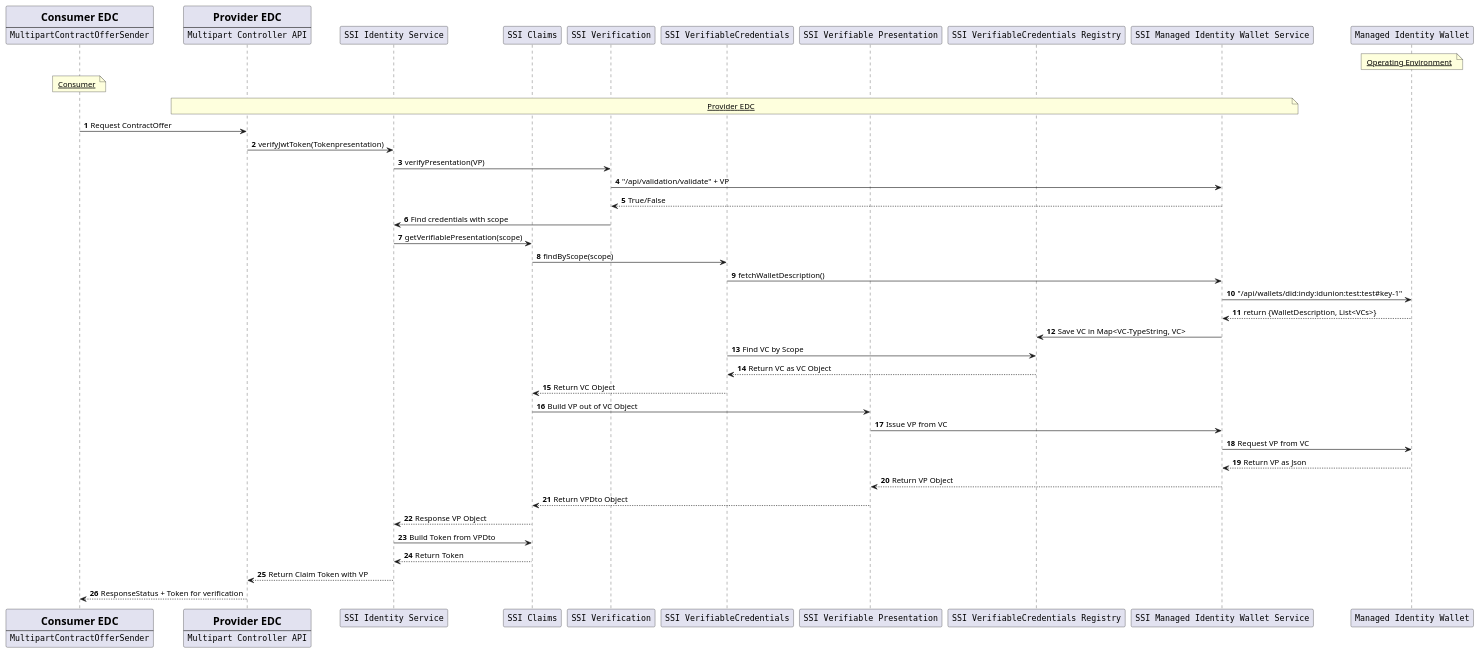
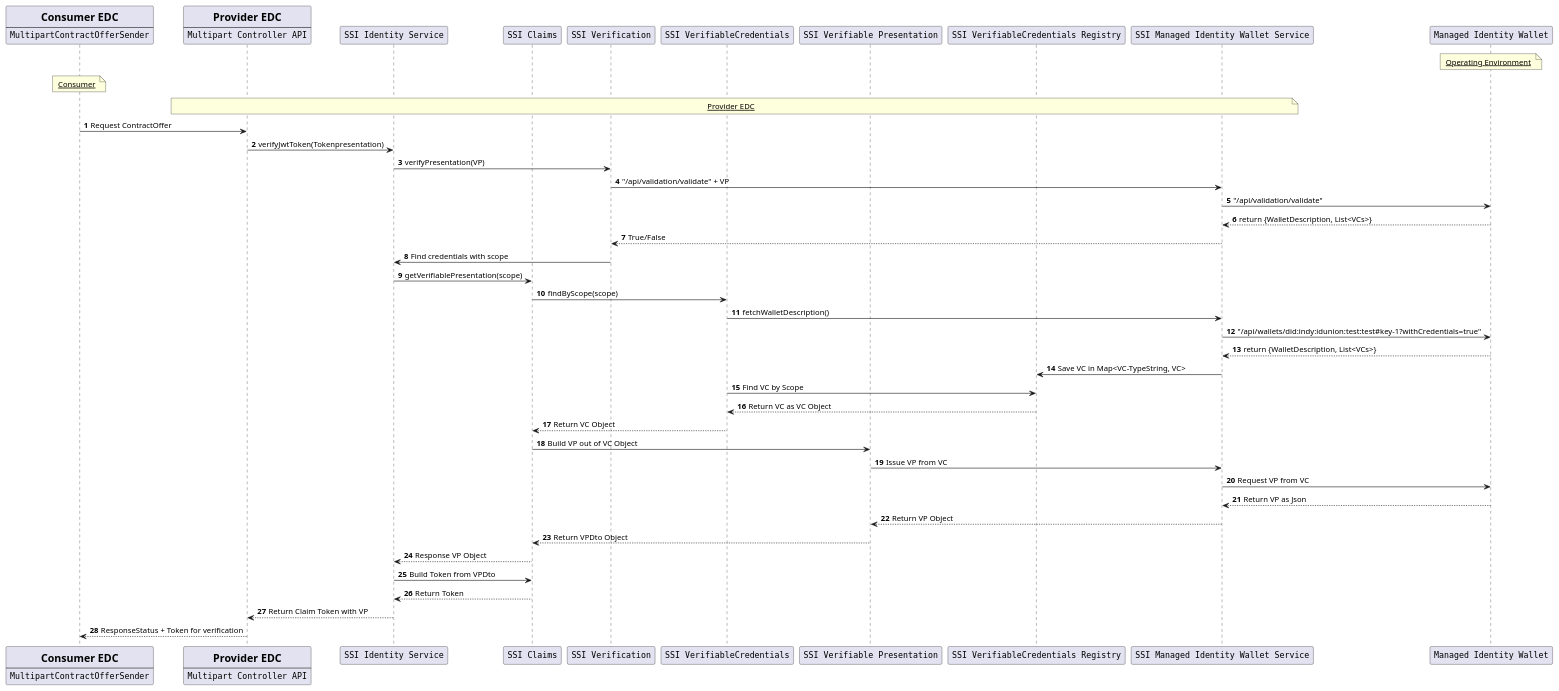
The diagram in extensions/iam/ssi/ssi-doc/uml/data-transfer-ssi-provider.puml (maximilianschmidt-zf/DataSpaceConnector), drawn with PlantUML before and after one commit. The commit also changed 5 other files, not shown here.

```diff
--- a/extensions/iam/ssi/ssi-doc/uml/data-transfer-ssi-provider.puml
+++ b/extensions/iam/ssi/ssi-doc/uml/data-transfer-ssi-provider.puml
@@ -14,89 +14,91 @@
 @startuml component
 ''Provider Data Transfer puml''
 ''Shows the overview of how SSI-Extension is verifying a token and obtaining a verifiable credential by scope ''
 participant Consumer_EDC_Contract_Offer_Request[
     = Consumer EDC
     ----
     ""MultipartContractOfferSender""
 ]
 
 participant Multipart_Controller_Provider[
      = Provider EDC
      ----
      ""Multipart Controller API""
 ]
 
 participant Identity_Service[
      ""SSI Identity Service""
 ]
 
 participant SSI_Claims[
      ""SSI Claims""
 ]
 
 participant SSI_Verification[
      ""SSI Verification""
 ]
 
 
 participant SSI_VerifiableCredentials[
      ""SSI VerifiableCredentials""
 ]
 
 
 participant SSI_Verifiable_Presentation[
      ""SSI Verifiable Presentation""
 ]
 
 participant SSI_VerifiableCredentials_Registry[
      ""SSI VerifiableCredentials Registry""
 ]
 
 participant SSI_Wallet_API_Service[
      ""SSI Managed Identity Wallet Service""
 ]
 
 participant Managed_Identity_Wallet[
      ""Managed Identity Wallet""
 ]
 
 
 
 note over Managed_Identity_Wallet
  <w:#FF33FF> Operating Environment </w>
 end note
 note over Consumer_EDC_Contract_Offer_Request
  <w:#FF33FF> Consumer </w>
 end note
 note over Multipart_Controller_Provider, SSI_Wallet_API_Service
  <w:#FF33FF>Provider EDC </w>
 end note
 autonumber
 
 Consumer_EDC_Contract_Offer_Request -> Multipart_Controller_Provider : Request ContractOffer
 Multipart_Controller_Provider -> Identity_Service : verifyJwtToken(Tokenpresentation)
 Identity_Service -> SSI_Verification : verifyPresentation(VP)
 SSI_Verification -> SSI_Wallet_API_Service:  "/api/validation/validate" + VP
+SSI_Wallet_API_Service -> Managed_Identity_Wallet : "/api/validation/validate"
+Managed_Identity_Wallet --> SSI_Wallet_API_Service : return {WalletDescription, List<VCs>}
 SSI_Wallet_API_Service --> SSI_Verification: True/False
 SSI_Verification -> Identity_Service : Find credentials with scope
 Identity_Service -> SSI_Claims : getVerifiablePresentation(scope)
 SSI_Claims -> SSI_VerifiableCredentials : findByScope(scope)
 SSI_VerifiableCredentials -> SSI_Wallet_API_Service: fetchWalletDescription()
-SSI_Wallet_API_Service -> Managed_Identity_Wallet : "/api/wallets/did:indy:idunion:test:test#key-1"
+SSI_Wallet_API_Service -> Managed_Identity_Wallet : "/api/wallets/did:indy:idunion:test:test#key-1?withCredentials=true"
 Managed_Identity_Wallet --> SSI_Wallet_API_Service : return {WalletDescription, List<VCs>}
 SSI_Wallet_API_Service -> SSI_VerifiableCredentials_Registry : Save VC in Map<VC-TypeString, VC>
 SSI_VerifiableCredentials -> SSI_VerifiableCredentials_Registry : Find VC by Scope
 SSI_VerifiableCredentials_Registry --> SSI_VerifiableCredentials : Return VC as VC Object
 SSI_VerifiableCredentials --> SSI_Claims : Return VC Object
 SSI_Claims -> SSI_Verifiable_Presentation : Build VP out of VC Object
 SSI_Verifiable_Presentation -> SSI_Wallet_API_Service : Issue VP from VC
 SSI_Wallet_API_Service -> Managed_Identity_Wallet : Request VP from VC
 Managed_Identity_Wallet --> SSI_Wallet_API_Service : Return VP as Json
 SSI_Wallet_API_Service --> SSI_Verifiable_Presentation : Return VP Object
 SSI_Verifiable_Presentation --> SSI_Claims: Return VPDto Object
 SSI_Claims --> Identity_Service: Response VP Object
 Identity_Service -> SSI_Claims: Build Token from VPDto
 SSI_Claims --> Identity_Service: Return Token
 Identity_Service --> Multipart_Controller_Provider : Return Claim Token with VP
 Multipart_Controller_Provider --> Consumer_EDC_Contract_Offer_Request : ResponseStatus + Token for verification
 @enduml
```
